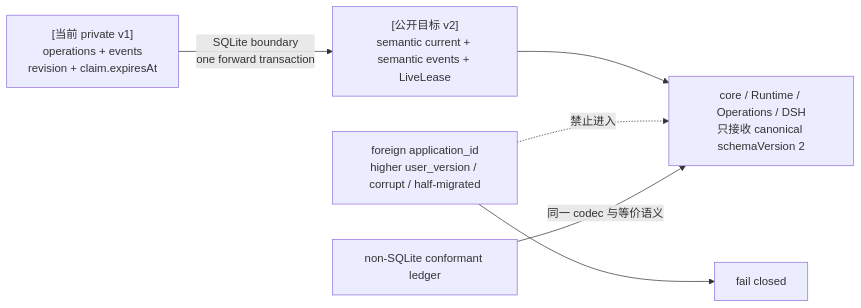
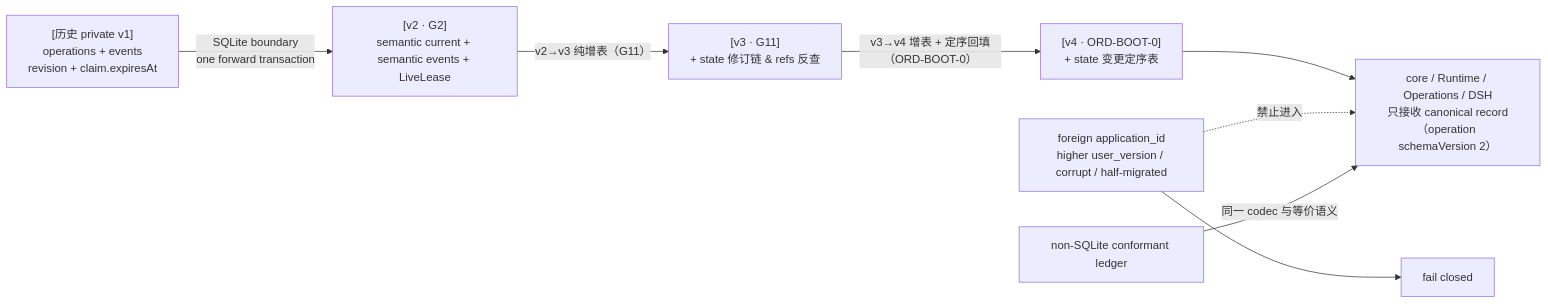
Before and after one commit to orangeofcarl0-sys/ordarium: diagram 29 of 41 in docs/16-ordarium-mermaid-architecture-atlas.md, drawn with Mermaid. The commit also changed other lines of this file and 15 other files, not shown here.

````diff
--- a/docs/16-ordarium-mermaid-architecture-atlas.md
+++ b/docs/16-ordarium-mermaid-architecture-atlas.md
@@ -1033,8 +1035,10 @@
 ```mermaid
 flowchart LR
-    V1["[当前 private v1]<br/>operations + events<br/>revision + claim.expiresAt"] -->|"SQLite boundary<br/>one forward transaction"| V2["[公开目标 v2]<br/>semantic current + semantic events + LiveLease"]
-    V2 --> CORE["core / Runtime / Operations / DSH<br/>只接收 canonical schemaVersion 2"]
+    V1["[历史 private v1]<br/>operations + events<br/>revision + claim.expiresAt"] -->|"SQLite boundary<br/>one forward transaction"| V2["[v2 · G2]<br/>semantic current + semantic events + LiveLease"]
+    V2 -->|"v2→v3 纯增表（G11）"| V3["[v3 · G11]<br/>+ state 修订链 & refs 反查"]
+    V3 -->|"v3→v4 增表 + 定序回填（ORD-BOOT-0）"| V4["[v4 · ORD-BOOT-0]<br/>+ state 变更定序表"]
+    V4 --> CORE["core / Runtime / Operations / DSH<br/>只接收 canonical record（operation schemaVersion 2）"]
     UNKNOWN["foreign application_id<br/>higher user_version / corrupt / half-migrated"] --> FAIL["fail closed"]
     UNKNOWN -.->|"禁止进入"| CORE
     CUSTOM["non-SQLite conformant ledger"] -->|"同一 codec 与等价语义"| CORE
 ```
````
